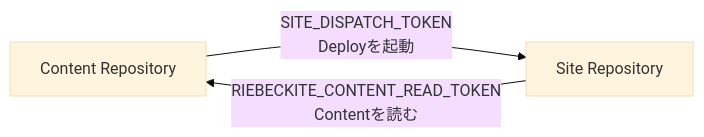
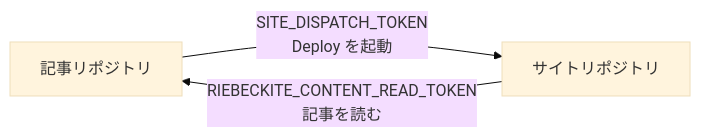
Before and after one commit to Rerurate514/riebeckite: the sixth of 10 diagrams in docs/docs/guides/content-repositories.ja.md, drawn with Mermaid (base theme). The commit also changed other lines of this file and 3 other files, not shown here.

````diff
--- a/docs/docs/guides/content-repositories.ja.md
+++ b/docs/docs/guides/content-repositories.ja.md
@@ -610,8 +349,8 @@
 ```mermaid
 flowchart LR
-    Content["Content Repository"]
-    Site["Site Repository"]
+    Content["記事リポジトリ"]
+    Site["サイトリポジトリ"]
 
-    Content -->|"SITE_DISPATCH_TOKEN<br/>Deployを起動"| Site
-    Site -->|"RIEBECKITE_CONTENT_READ_TOKEN<br/>Contentを読む"| Content
+    Content -->|"SITE_DISPATCH_TOKEN<br/>Deploy を起動"| Site
+    Site -->|"RIEBECKITE_CONTENT_READ_TOKEN<br/>記事を読む"| Content
 ```
````
